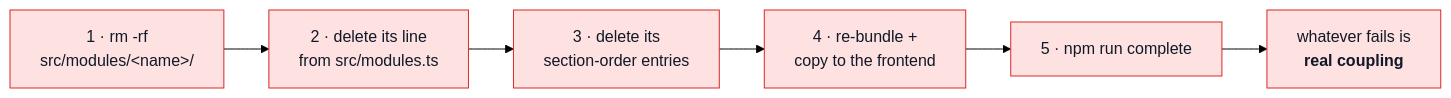
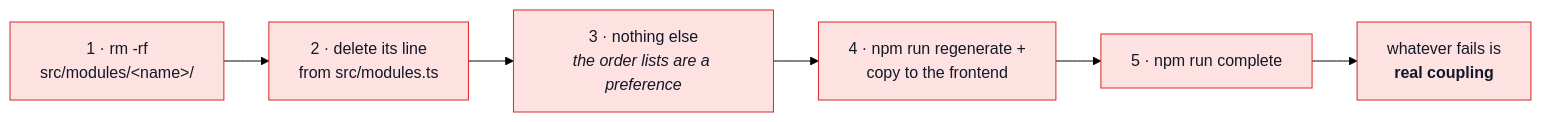
Before and after one commit to Guebbit/boilerplate-node-backend: the third of 5 diagrams in docs/theory/module-lifecycle.md, drawn with Mermaid (forest theme). The commit also changed other lines of this file and 9 other files, not shown here.

First line of the commit message:
docs(modules): index and sidebar are generated and grouped foundation/shop; feedback is the module to copy

````diff
--- a/docs/theory/module-lifecycle.md
+++ b/docs/theory/module-lifecycle.md
@@ -311,11 +339,11 @@
 ```mermaid
 %%{init: {'flowchart': {'nodeSpacing': 40, 'rankSpacing': 45}}}%%
 flowchart LR
     A["1 · rm -rf<br/>src/modules/&lt;name&gt;/"] --> B["2 · delete its line<br/>from src/modules.ts"]
-    B --> C["3 · delete its<br/>section-order entries"]
-    C --> D["4 · re-bundle +<br/>copy to the frontend"]
+    B --> C["3 · nothing else<br/><i>the order lists are a preference</i>"]
+    C --> D["4 · npm run regenerate +<br/>copy to the frontend"]
     D --> E["5 · npm run complete"]
     E --> F["whatever fails is<br/><b>real coupling</b>"]
     classDef s fill:#fee2e2,stroke:#dc2626,color:#111827;
     class A,B,C,D,E,F s;
 ```
````
